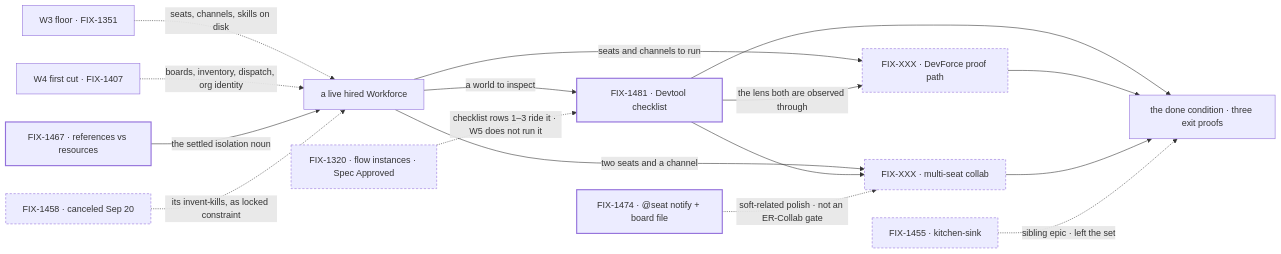
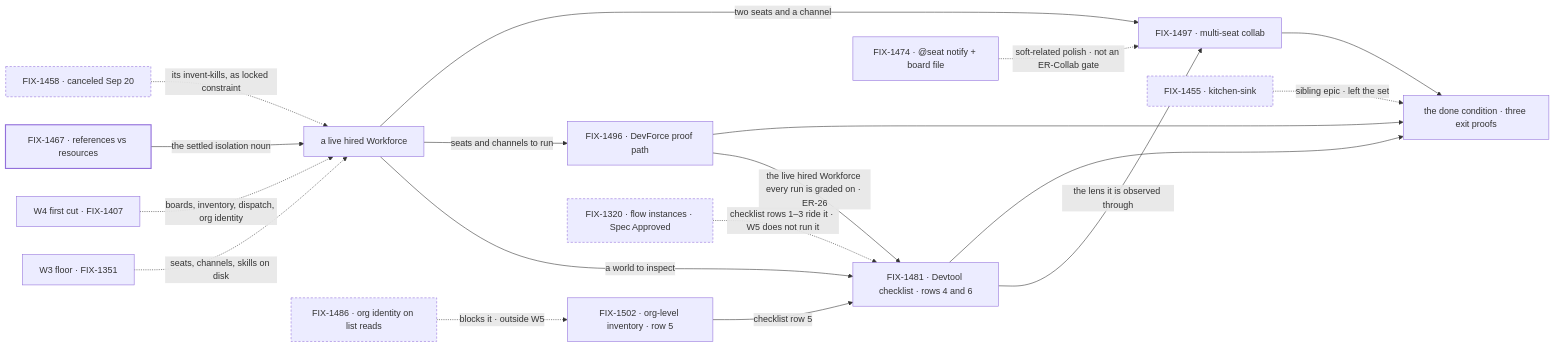
Before and after one commit to fixpoint-labs/flow-state-dev: the diagram in specs/epics/FIX-1457/SPEC.md, drawn with Mermaid. The commit also changed other lines of this file and 8 other files, not shown here.

First line of the commit message:
spec(epic): W5 amendment — three producers named, checklist row 5 re-owned (FIX-1457)

````diff
--- a/specs/epics/FIX-1457/SPEC.md
+++ b/specs/epics/FIX-1457/SPEC.md
@@ -70,25 +72,24 @@
 ```mermaid
 flowchart LR
   W3["W3 floor · FIX-1351"] -.->|"seats, channels, skills on disk"| S
   W4["W4 first cut · FIX-1407"] -.->|"boards, inventory, dispatch, org identity"| S
   R["FIX-1467 · references vs resources"] -->|"the settled isolation noun"| S["a live hired Workforce"]
-  S -->|"a world to inspect"| T["FIX-1481 · Devtool checklist"]
-  S -->|"seats and channels to run"| F["FIX-XXX · DevForce proof path"]
-  S -->|"two seats and a channel"| C["FIX-XXX · multi-seat collab"]
-  T -->|"the lens both are observed through"| F
-  T --> C
+  S -->|"a world to inspect"| T["FIX-1481 · Devtool checklist · rows 4 and 6"]
+  S -->|"seats and channels to run"| F["FIX-1496 · DevForce proof path"]
+  S -->|"two seats and a channel"| C["FIX-1497 · multi-seat collab"]
+  F -->|"the live hired Workforce every run is graded on · ER-26"| T
+  T -->|"the lens it is observed through"| C
+  V["FIX-1502 · org-level inventory · row 5"] -->|"checklist row 5"| T
+  B["FIX-1486 · org identity on list reads"] -.->|"blocks it · outside W5"| V
   T --> P["the done condition · three exit proofs"]
   F --> P
   C --> P
   K["FIX-1455 · kitchen-sink"] -.->|"sibling epic · left the set"| P
   X["FIX-1458 · canceled Sep 20"] -.->|"its invent-kills, as locked constraint"| S
   I["FIX-1320 · flow instances · Spec Approved"] -.->|"checklist rows 1–3 ride it · W5 does not run it"| T
   N["FIX-1474 · @seat notify + board file"] -.->|"soft-related polish · not an ER-Collab gate"| C
   classDef done stroke-width:2px
-  classDef filed stroke-width:2px
   classDef proposed stroke-dasharray:4 3
   class R done
-  class T,N filed
-  class F,C proposed
-  class K,X,I proposed
+  class K,X,I,B proposed
 ```
````
